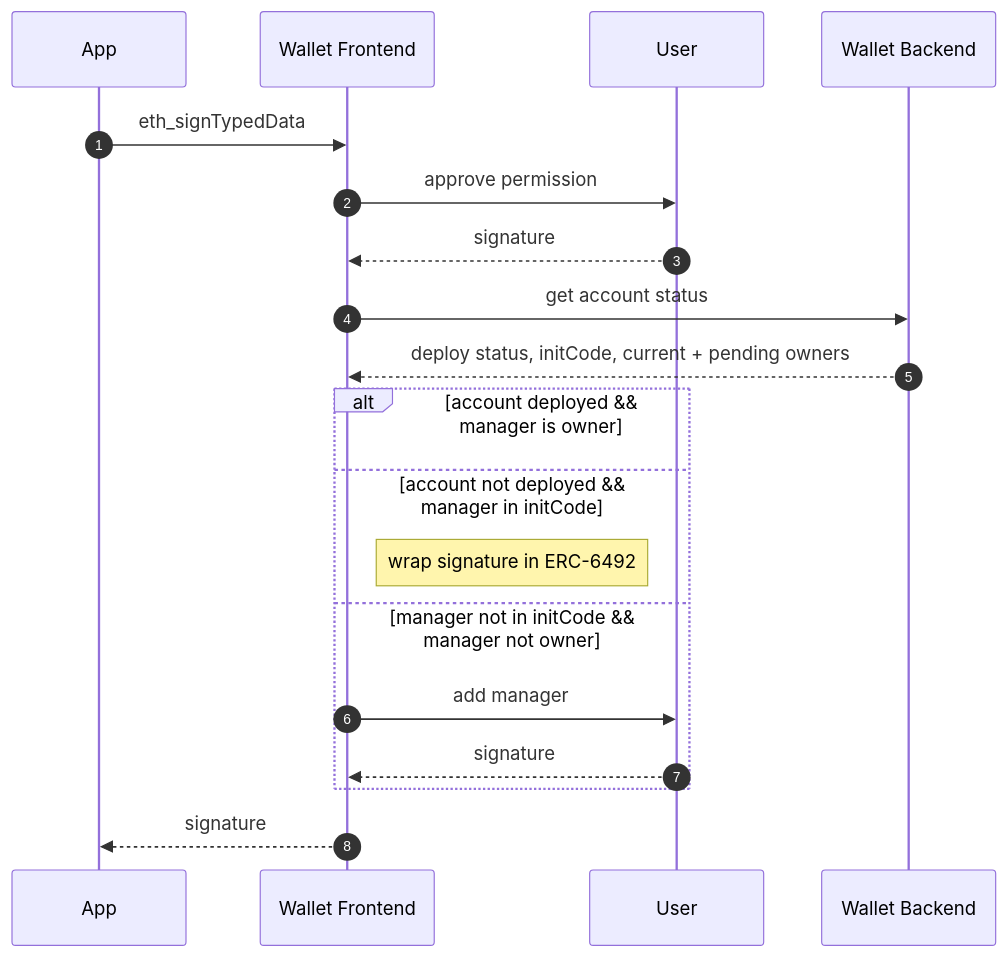
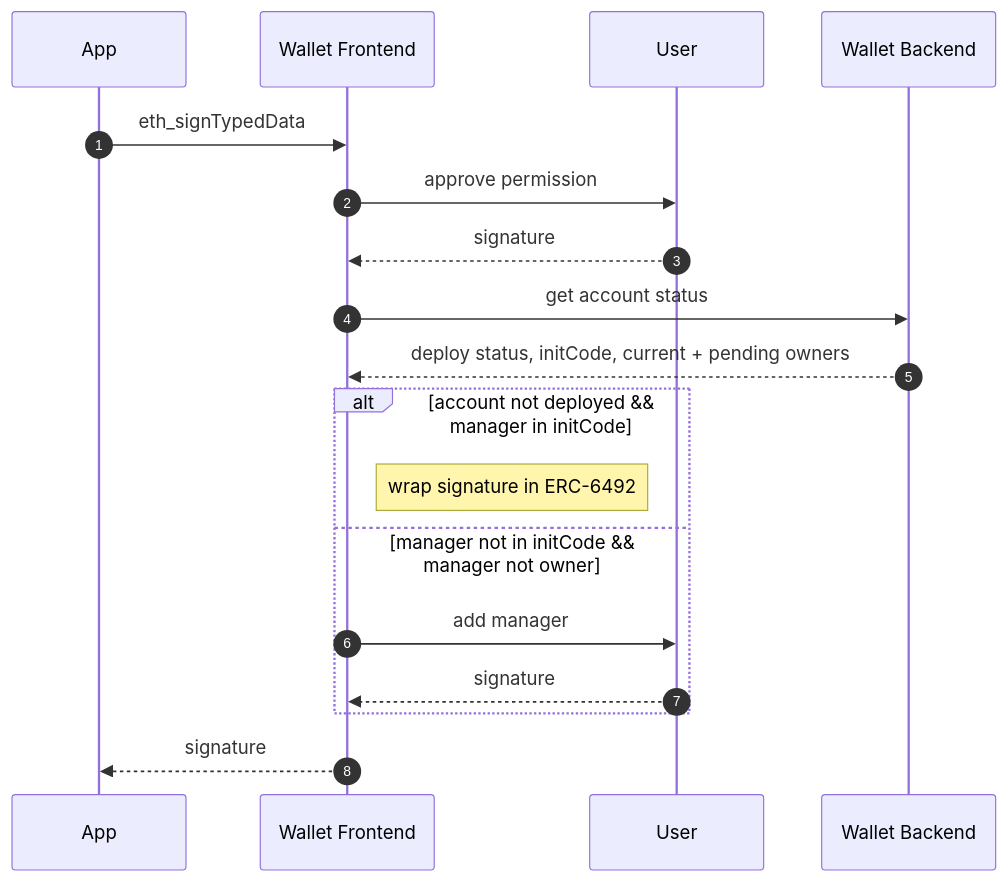
Before and after one commit to coinbase/spend-permissions: the diagram in docs/diagrams/requestSpendPermission.md, drawn with Mermaid. The commit also changed 3 other files, not shown here.

````diff
--- a/docs/diagrams/requestSpendPermission.md
+++ b/docs/diagrams/requestSpendPermission.md
@@ -11,22 +11,21 @@
 ```mermaid
 sequenceDiagram
     autonumber
     participant A as App
     participant WF as Wallet Frontend
     participant U as User
     participant WB as Wallet Backend
 
     A->>WF: eth_signTypedData
     WF->>U: approve permission
     U-->>WF: signature
     WF->>WB: get account status
     WB-->>WF: deploy status, initCode, current + pending owners
-    alt account deployed && manager is owner
-    else account not deployed && manager in initCode
+    alt  account not deployed && manager in initCode
         Note right of WF: wrap signature in ERC-6492
     else manager not in initCode && manager not owner
         WF->>U: add manager
         U-->>WF: signature
     end
     WF-->>A: signature
 ```
````
